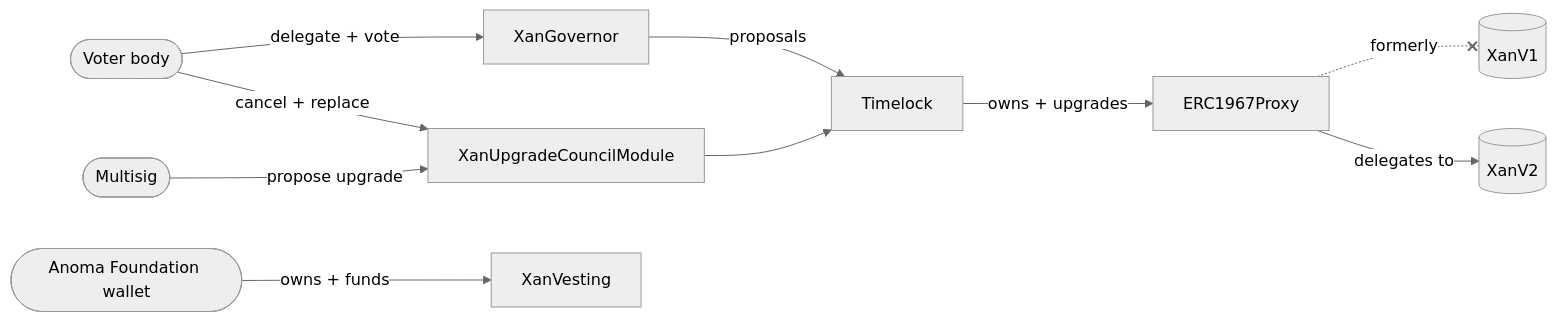
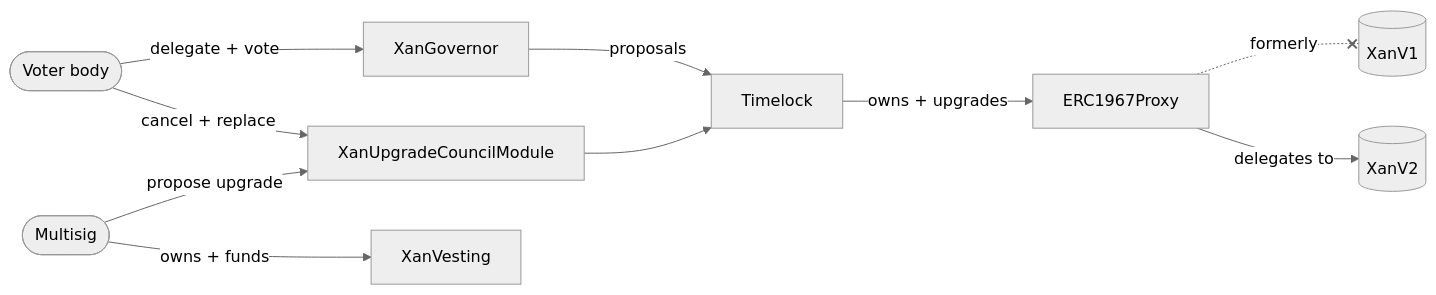
The diagram in CONTEXT.md (anoma/token), drawn with Mermaid (neutral theme) before and after one commit. The commit also changed other lines of this file and 11 other files, not shown here.

First line of the commit message:
feat: make the council multisig the XanVesting owner

````diff
--- a/CONTEXT.md
+++ b/CONTEXT.md
@@ -9,24 +9,23 @@
 ```mermaid
 flowchart LR
     voters([Voter body])
     gov[XanGovernor]
     multisig([Multisig])
     module[XanUpgradeCouncilModule]
     timelock[Timelock]
     proxy[ERC1967Proxy]
     tokenV1[(XanV1)]
     token[(XanV2)]
     vesting[XanVesting]
-    foundation([Anoma Foundation wallet])
 
     voters -->|delegate + vote| gov
     gov -->|proposals| timelock
     multisig -->|propose upgrade| module
     module --> timelock
     timelock -->|owns + upgrades| proxy
     proxy -. formerly .-x tokenV1
     proxy -->|delegates to| token
 
     voters -->|cancel + replace| module
-    foundation -->|owns + funds| vesting
+    multisig -->|owns + funds| vesting
 ```
````
